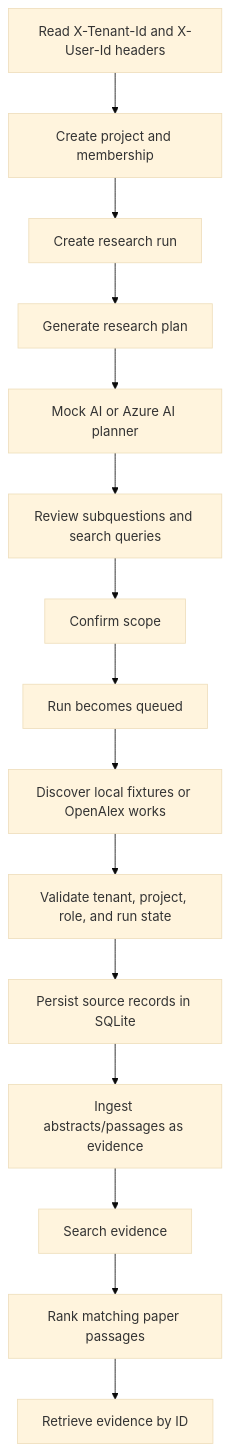
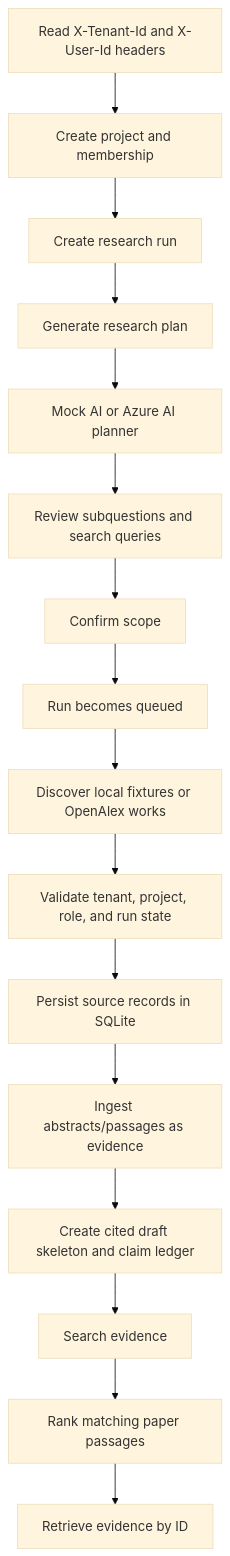
Before and after one commit to taza1/regula: the diagram in research_system/PROJECT_FLOW.md, drawn with Mermaid (base theme). The commit also changed other lines of this file and 8 other files, not shown here.

Commit message:
Add local evidence snapshots and draft synthesis

````diff
--- a/research_system/PROJECT_FLOW.md
+++ b/research_system/PROJECT_FLOW.md
@@ -5,17 +5,18 @@
 ```mermaid
 flowchart TD
     A[Read X-Tenant-Id and X-User-Id headers] --> B[Create project and membership]
     B --> C[Create research run]
     C --> D[Generate research plan]
     D --> E[Mock AI or Azure AI planner]
     E --> F[Review subquestions and search queries]
     F --> G[Confirm scope]
     G --> H[Run becomes queued]
     H --> I[Discover local fixtures or OpenAlex works]
     I --> J[Validate tenant, project, role, and run state]
     J --> K[Persist source records in SQLite]
     K --> L[Ingest abstracts/passages as evidence]
-    L --> M[Search evidence]
-    M --> N[Rank matching paper passages]
-    N --> O[Retrieve evidence by ID]
+    L --> M[Create cited draft skeleton and claim ledger]
+    M --> N[Search evidence]
+    N --> O[Rank matching paper passages]
+    O --> P[Retrieve evidence by ID]
 ```
````
